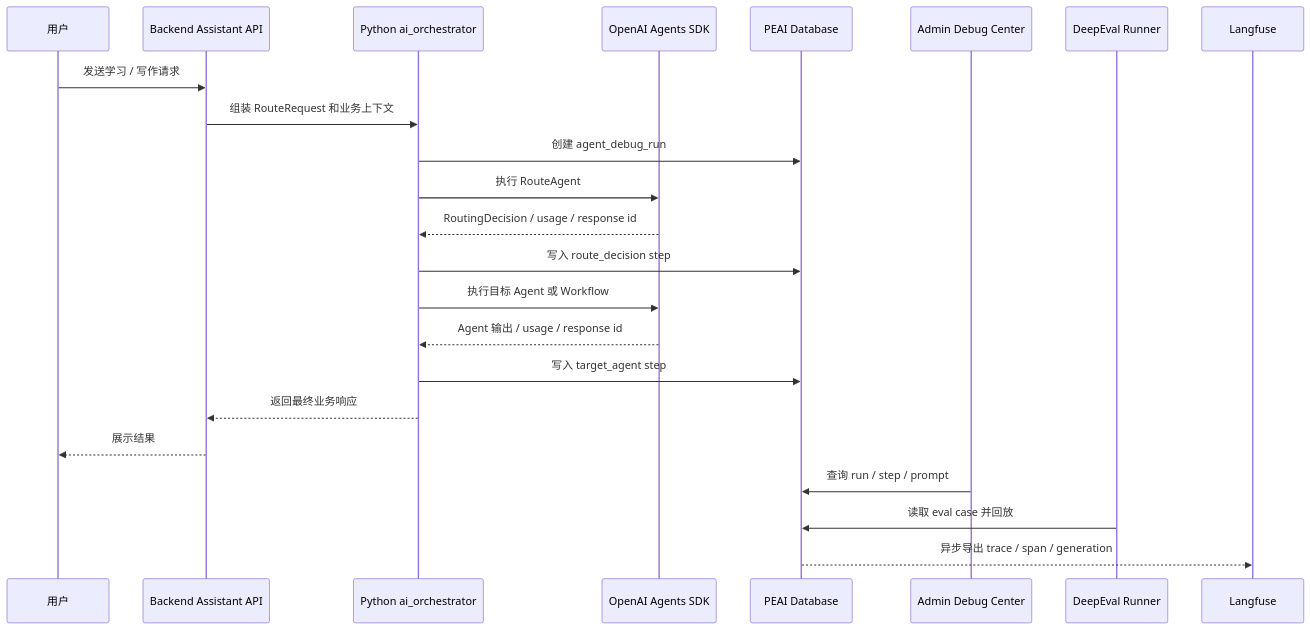
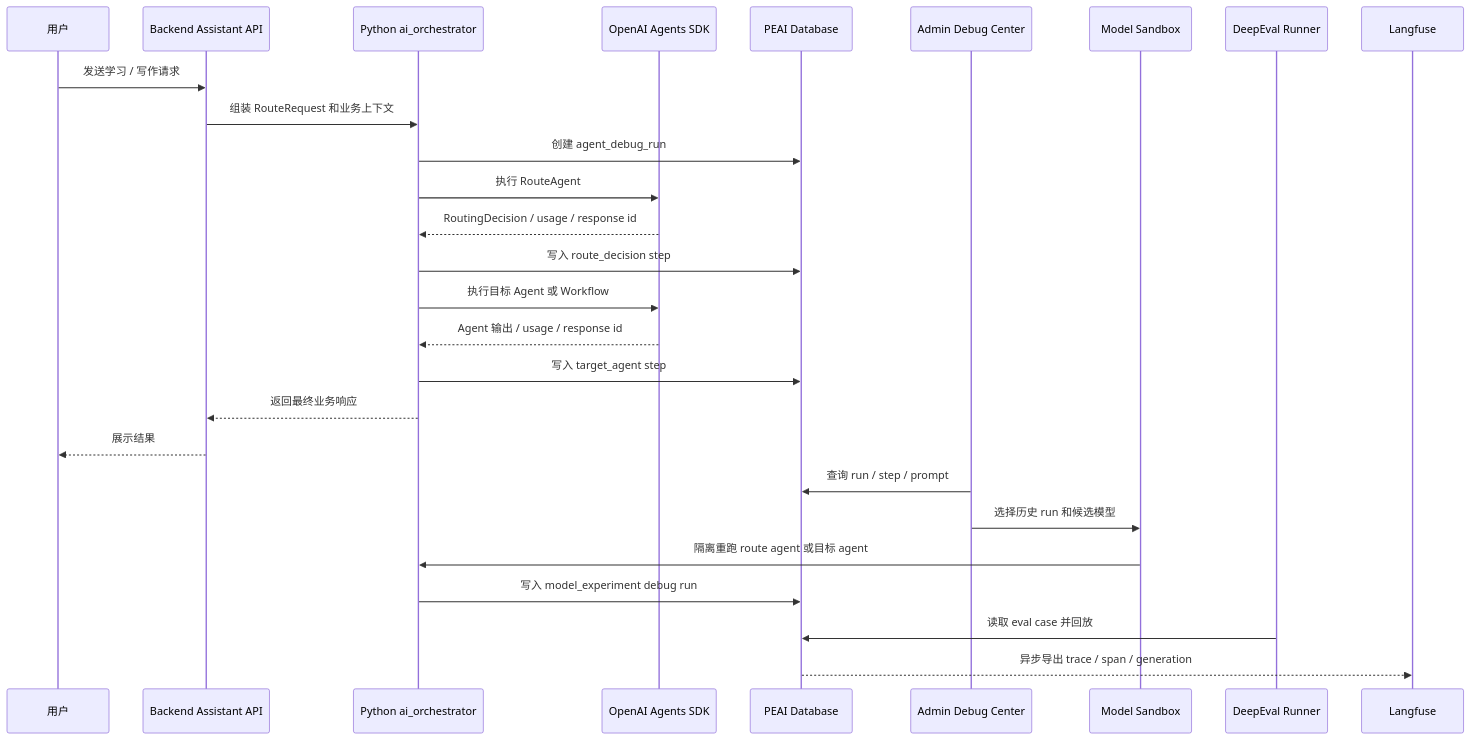
The second of 4 diagrams in docs/agent/agent-observability-center.md (LiMing0016/personalenglishai), drawn with Mermaid before and after one commit. The commit also changed other lines of this file and 110 other files, not shown here.

````diff
--- a/docs/agent/agent-observability-center.md
+++ b/docs/agent/agent-observability-center.md
@@ -99,26 +104,30 @@
 ```mermaid
 sequenceDiagram
   participant User as 用户
   participant Backend as Backend Assistant API
   participant Py as Python ai_orchestrator
   participant SDK as OpenAI Agents SDK
   participant DB as PEAI Database
   participant Admin as Admin Debug Center
+  participant Sandbox as Model Sandbox
   participant Eval as DeepEval Runner
   participant Langfuse as Langfuse
 
   User->>Backend: 发送学习 / 写作请求
   Backend->>Py: 组装 RouteRequest 和业务上下文
   Py->>DB: 创建 agent_debug_run
   Py->>SDK: 执行 RouteAgent
   SDK-->>Py: RoutingDecision / usage / response id
   Py->>DB: 写入 route_decision step
   Py->>SDK: 执行目标 Agent 或 Workflow
   SDK-->>Py: Agent 输出 / usage / response id
   Py->>DB: 写入 target_agent step
   Py-->>Backend: 返回最终业务响应
   Backend-->>User: 展示结果
   Admin->>DB: 查询 run / step / prompt
+  Admin->>Sandbox: 选择历史 run 和候选模型
+  Sandbox->>Py: 隔离重跑 route agent 或目标 agent
+  Py->>DB: 写入 model_experiment debug run
   Eval->>DB: 读取 eval case 并回放
   DB-->>Langfuse: 异步导出 trace / span / generation
 ```
````
